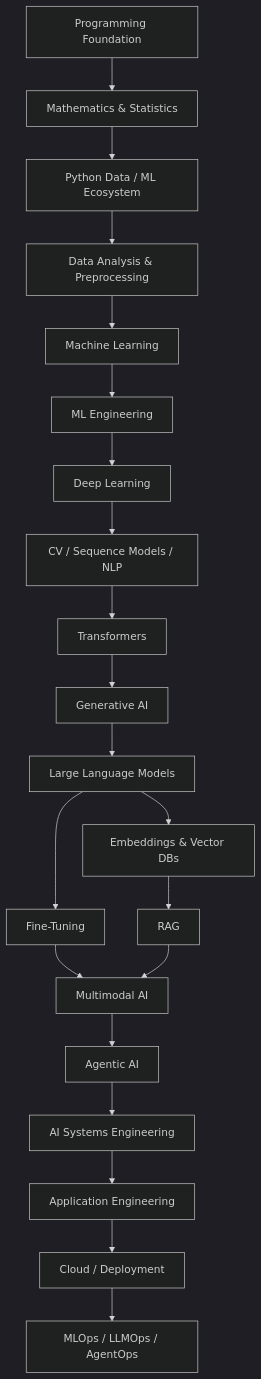
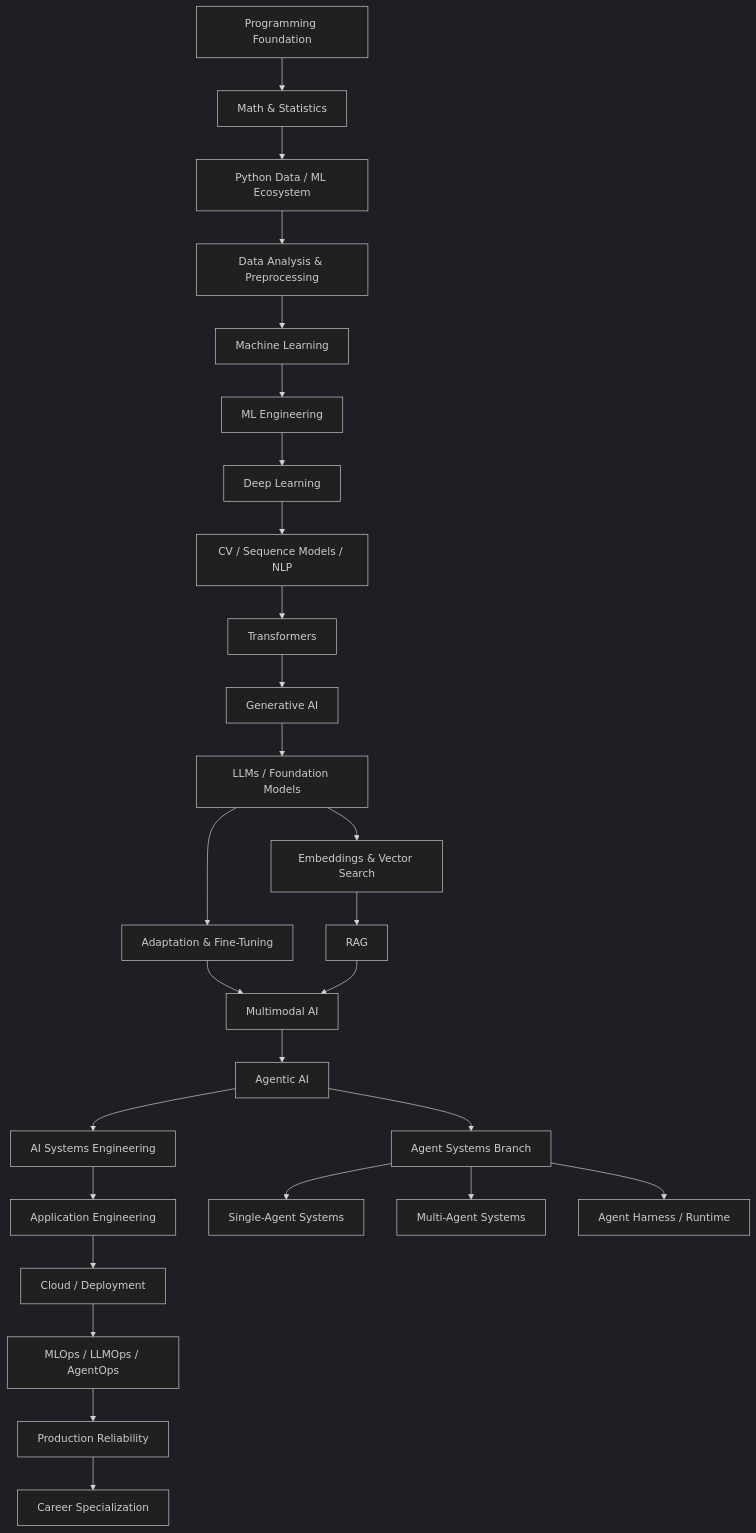
One commit to Dinesh-5445/AI-ML-Roadmap changed the first of 3 diagrams in README.md. Above: the diagram before and after it, drawn with Mermaid (dark theme). The commit also changed other lines of this file, not shown here.

````diff
--- a/README.md
+++ b/README.md
@@ -24,23 +24,29 @@
 ```mermaid
 flowchart TD
-    A[Programming Foundation] --> B[Mathematics & Statistics]
+    A[Programming Foundation] --> B[Math & Statistics]
     B --> C[Python Data / ML Ecosystem]
     C --> D[Data Analysis & Preprocessing]
     D --> E[Machine Learning]
     E --> F[ML Engineering]
     F --> G[Deep Learning]
     G --> H[CV / Sequence Models / NLP]
     H --> I[Transformers]
     I --> J[Generative AI]
-    J --> K[Large Language Models]
-    K --> L[Fine-Tuning]
-    K --> M[Embeddings & Vector DBs]
+    J --> K[LLMs / Foundation Models]
+    K --> L[Adaptation & Fine-Tuning]
+    K --> M[Embeddings & Vector Search]
     M --> N[RAG]
     L --> O[Multimodal AI]
     N --> O
     O --> P[Agentic AI]
     P --> Q[AI Systems Engineering]
     Q --> R[Application Engineering]
     R --> S[Cloud / Deployment]
     S --> T[MLOps / LLMOps / AgentOps]
+    P --> U[Agent Systems Branch]
+    U --> V[Single-Agent Systems]
+    U --> W[Multi-Agent Systems]
+    U --> X[Agent Harness / Runtime]
+    T --> Y[Production Reliability]
+    Y --> Z[Career Specialization]
 ```
````
